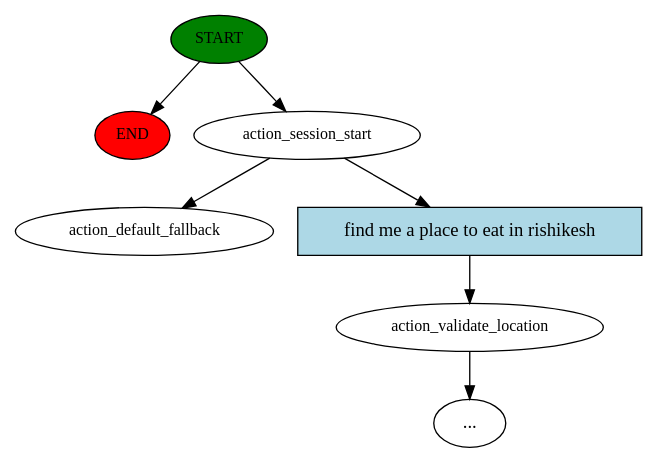
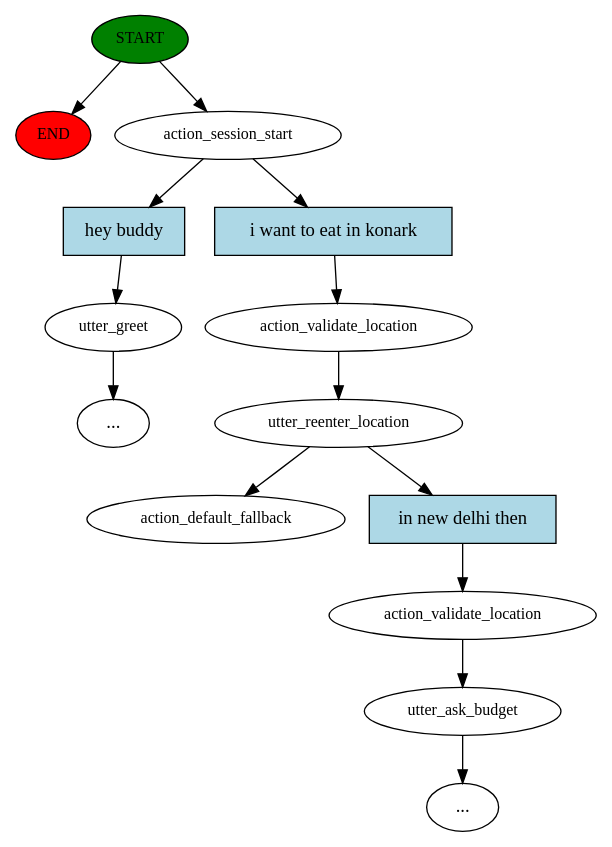
The diagram in story_graph.dot (n-sundar/Foodie-Chatbot), drawn with Graphviz before and after one commit. The commit also changed 7 other files, not shown here.

```diff
--- a/story_graph.dot
+++ b/story_graph.dot
@@ -1,15 +1,29 @@
 digraph  {
 0 [class="start active", fillcolor=green, fontsize=12, label=START, style=filled];
 "-1" [class=end, fillcolor=red, fontsize=12, label=END, style=filled];
 1 [class=active, fontsize=12, label=action_session_start];
-2 [class="", fontsize=12, label=action_validate_location];
+2 [class="", fontsize=12, label=utter_greet];
 "-3" [class=ellipsis, label="..."];
-4 [class="dashed active", fontsize=12, label=action_default_fallback];
-5 [class=intent, fillcolor=lightblue, label="find me a place to eat in rishikesh", shape=rect, style=filled];
+4 [class=active, fontsize=12, label=action_validate_location];
+5 [class=active, fontsize=12, label=utter_reenter_location];
+6 [class="", fontsize=12, label=action_validate_location];
+7 [class="", fontsize=12, label=utter_ask_budget];
+"-4" [class=ellipsis, label="..."];
+11 [class="dashed active", fontsize=12, label=action_default_fallback];
+12 [class=intent, fillcolor=lightblue, label="hey buddy", shape=rect, style=filled];
+13 [class="intent active", fillcolor=lightblue, label="i want to eat in konark", shape=rect, style=filled];
+14 [class=intent, fillcolor=lightblue, label="in new delhi then", shape=rect, style=filled];
 0 -> "-1"  [class="", key=NONE, label=""];
 0 -> 1  [class=active, key=NONE, label=""];
-1 -> 4  [class=active, key=NONE, label=""];
-1 -> 5  [class="", key=0];
+1 -> 12  [class="", key=0];
+1 -> 13  [class=active, key=0];
 2 -> "-3"  [class="", key=NONE, label=""];
-5 -> 2  [class="", key=0];
+4 -> 5  [class=active, key=NONE, label=""];
+5 -> 11  [class=active, key=NONE, label=""];
+5 -> 14  [class="", key=0];
+6 -> 7  [class="", key=NONE, label=""];
+7 -> "-4"  [class="", key=NONE, label=""];
+12 -> 2  [class="", key=0];
+13 -> 4  [class=active, key=0];
+14 -> 6  [class="", key=0];
 }
```
